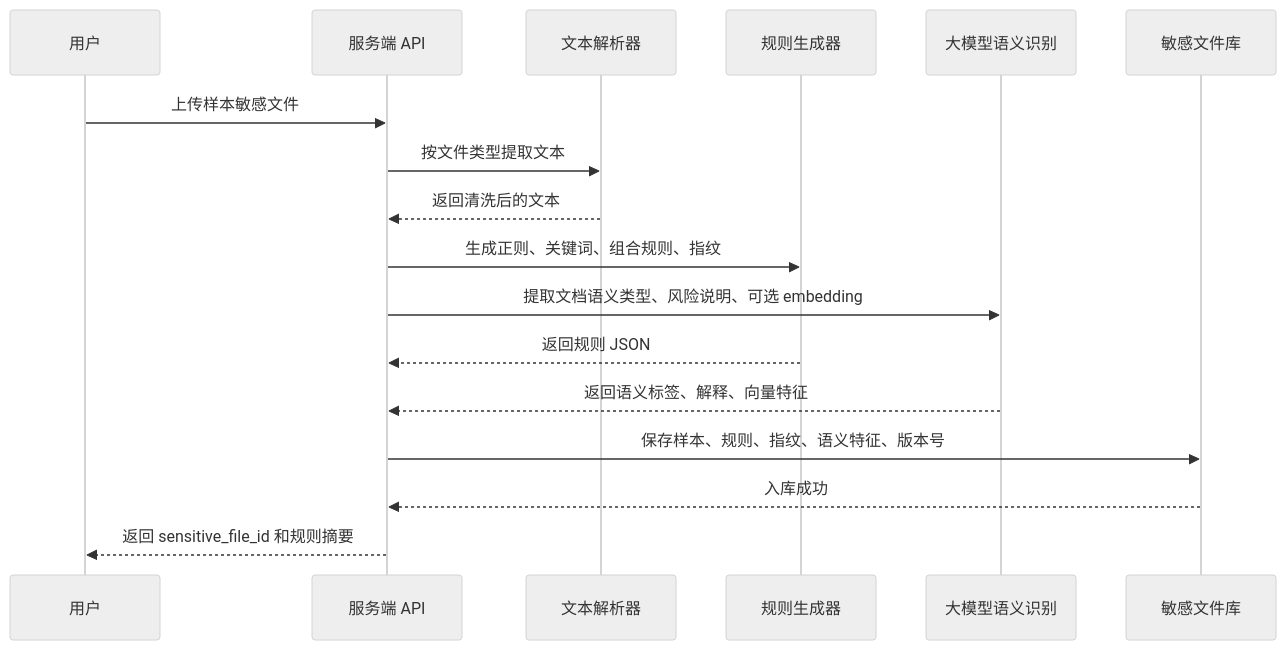
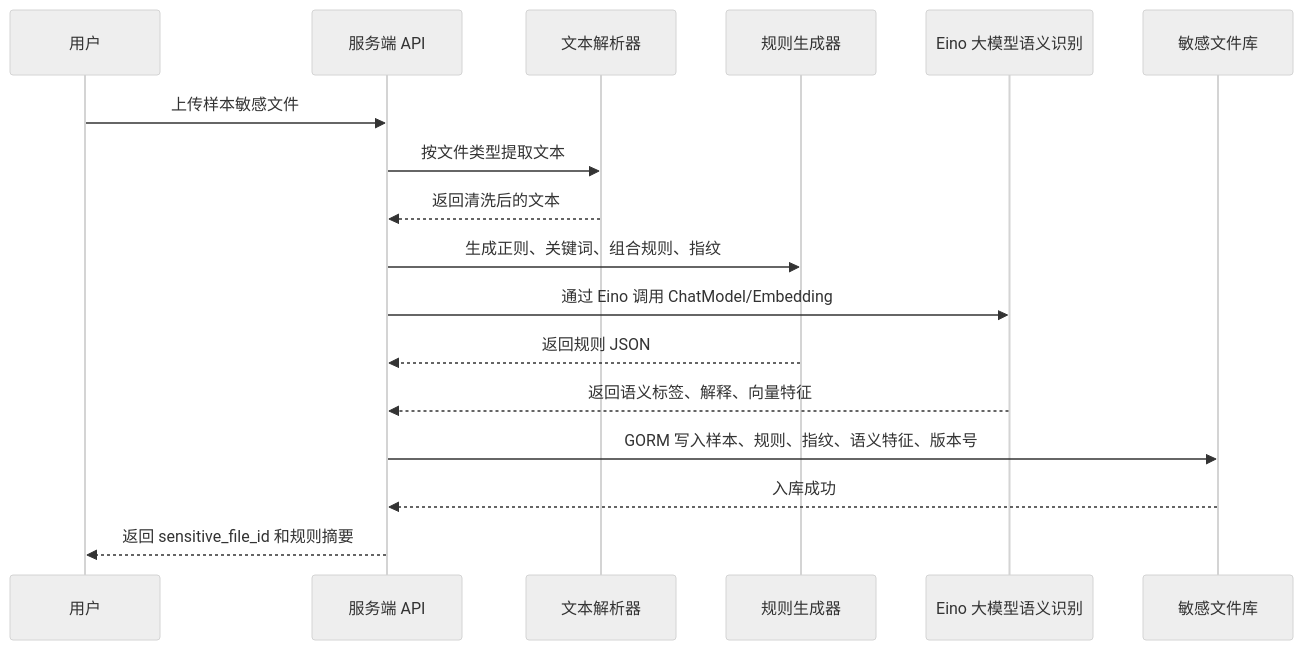
The second of 4 diagrams in MODULE_ONE_PLAN.md (Chang-mh/SCU-project-model-1), drawn with Mermaid (neutral theme) before and after one commit. The commit also changed other lines of this file, not shown here.

````diff
--- a/MODULE_ONE_PLAN.md
+++ b/MODULE_ONE_PLAN.md
@@ -139,20 +139,20 @@
 ```mermaid
 sequenceDiagram
     participant User as 用户
     participant API as 服务端 API
     participant Parser as 文本解析器
     participant Rule as 规则生成器
-    participant LLM as 大模型语义识别
+    participant LLM as Eino 大模型语义识别
     participant DB as 敏感文件库
 
     User->>API: 上传样本敏感文件
     API->>Parser: 按文件类型提取文本
     Parser-->>API: 返回清洗后的文本
     API->>Rule: 生成正则、关键词、组合规则、指纹
-    API->>LLM: 提取文档语义类型、风险说明、可选 embedding
+    API->>LLM: 通过 Eino 调用 ChatModel/Embedding
     Rule-->>API: 返回规则 JSON
     LLM-->>API: 返回语义标签、解释、向量特征
-    API->>DB: 保存样本、规则、指纹、语义特征、版本号
+    API->>DB: GORM 写入样本、规则、指纹、语义特征、版本号
     DB-->>API: 入库成功
     API-->>User: 返回 sensitive_file_id 和规则摘要
 ```
````
